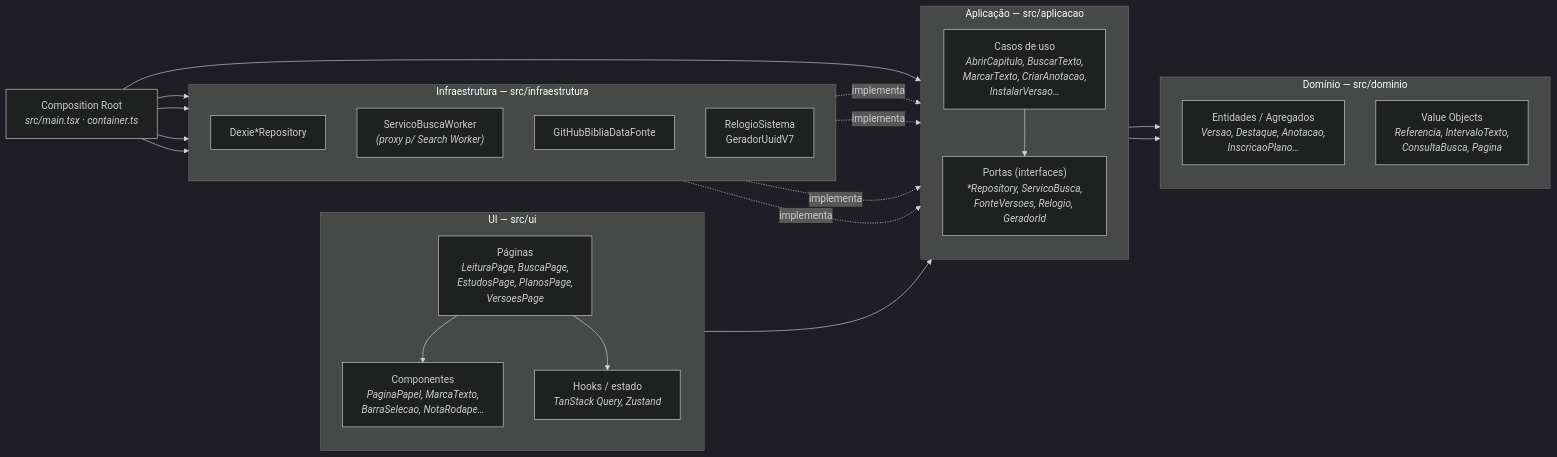
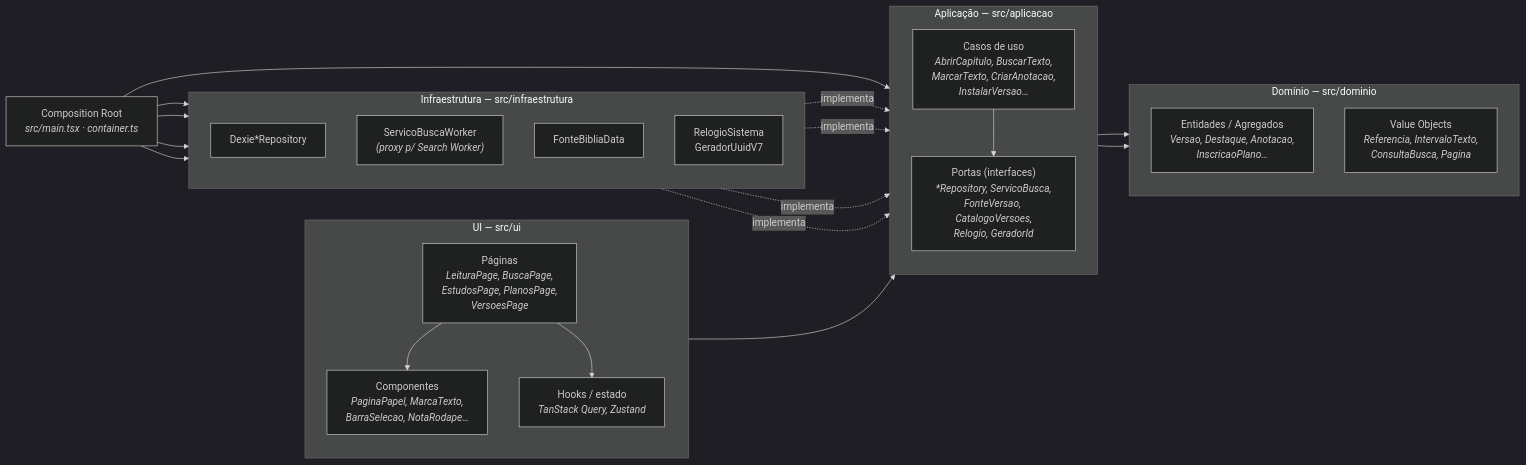
Before and after one commit to edioilha/biblia-app: the third of 10 diagrams in docs/06-arquitetura.md, drawn with Mermaid (dark theme). The commit also changed other lines of this file and 59 other files, not shown here.

````diff
--- a/docs/06-arquitetura.md
+++ b/docs/06-arquitetura.md
@@ -82,44 +82,44 @@
 ```mermaid
 flowchart LR
     subgraph ui["UI — src/ui"]
         direction TB
         paginas["Páginas<br/><i>LeituraPage, BuscaPage,<br/>EstudosPage, PlanosPage,<br/>VersoesPage</i>"]
         comps["Componentes<br/><i>PaginaPapel, MarcaTexto,<br/>BarraSelecao, NotaRodape…</i>"]
         hooks["Hooks / estado<br/><i>TanStack Query, Zustand</i>"]
     end
 
     subgraph app["Aplicação — src/aplicacao"]
         direction TB
         uc["Casos de uso<br/><i>AbrirCapitulo, BuscarTexto,<br/>MarcarTexto, CriarAnotacao,<br/>InstalarVersao…</i>"]
-        portas["Portas (interfaces)<br/><i>*Repository, ServicoBusca,<br/>FonteVersoes, Relogio, GeradorId</i>"]
+        portas["Portas (interfaces)<br/><i>*Repository, ServicoBusca,<br/>FonteVersao, CatalogoVersoes,<br/>Relogio, GeradorId</i>"]
     end
 
     subgraph dom["Domínio — src/dominio"]
         direction TB
         ent["Entidades / Agregados<br/><i>Versao, Destaque, Anotacao,<br/>InscricaoPlano…</i>"]
         vo["Value Objects<br/><i>Referencia, IntervaloTexto,<br/>ConsultaBusca, Pagina</i>"]
     end
 
     subgraph infra["Infraestrutura — src/infraestrutura"]
         direction TB
         dexie["Dexie*Repository"]
         busca["ServicoBuscaWorker<br/><i>(proxy p/ Search Worker)</i>"]
-        fonte["GitHubBibliaDataFonte"]
+        fonte["FonteBibliaData"]
         relogio["RelogioSistema<br/>GeradorUuidV7"]
     end
 
     comp_root["Composition Root<br/><i>src/main.tsx · container.ts</i>"]
 
     paginas --> comps
     paginas --> hooks
     hooks --> uc
     uc --> ent
     uc --> vo
     uc --> portas
     dexie -. "implementa" .-> portas
     busca -. "implementa" .-> portas
     fonte -. "implementa" .-> portas
     relogio -. "implementa" .-> portas
     comp_root --> dexie & busca & fonte & relogio
     comp_root --> uc
 ```
````
